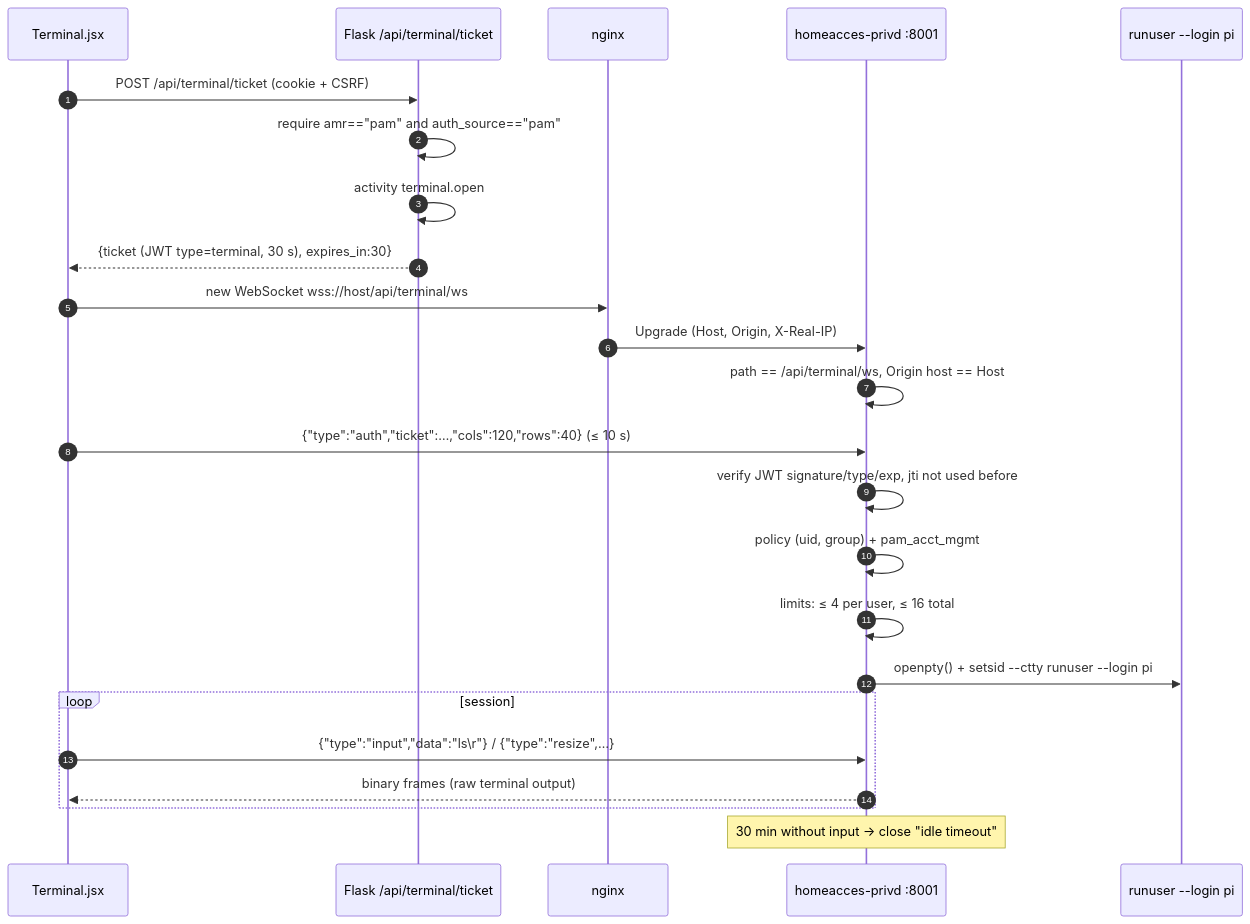
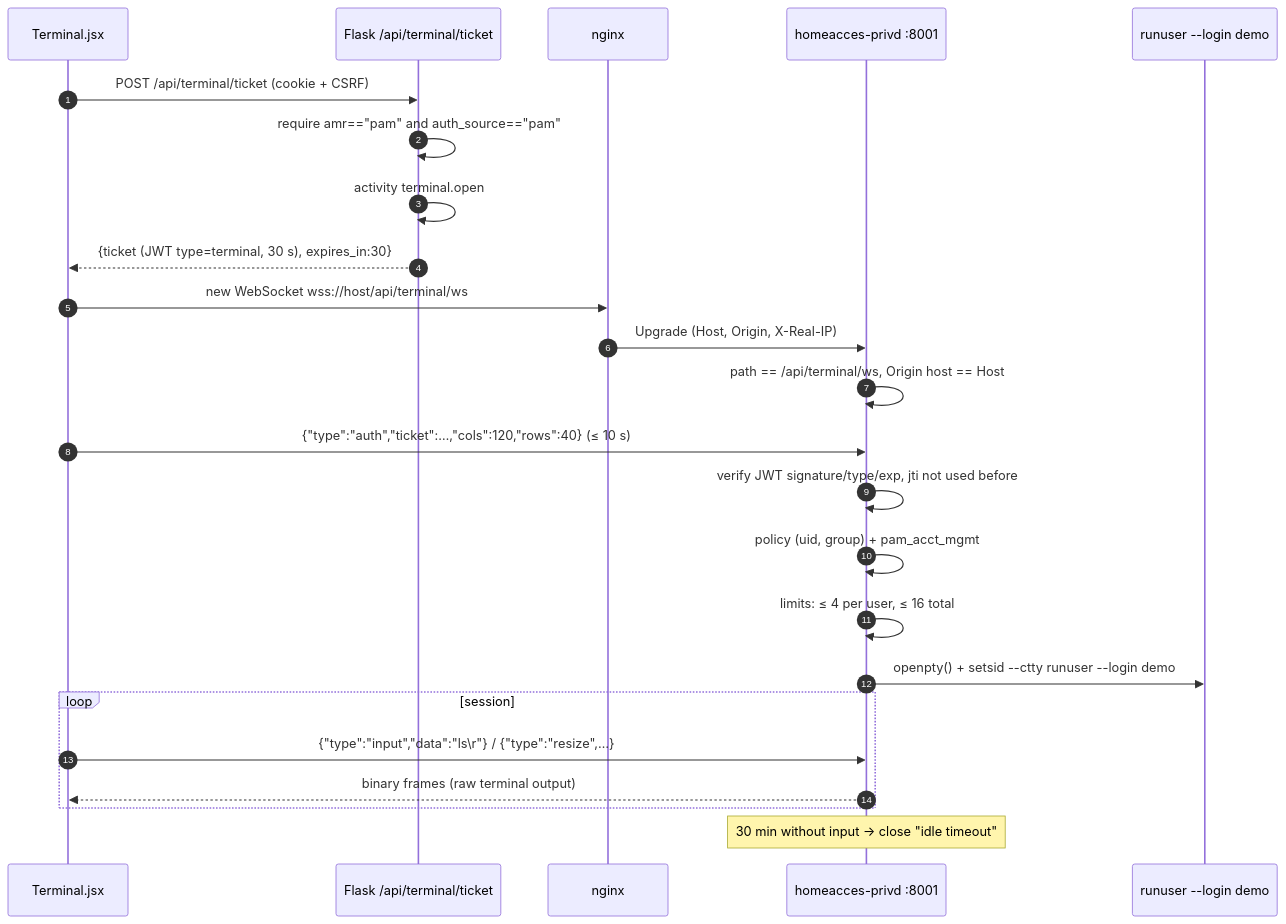
One commit to juanecito/Home_Access_Web changed the eighth of 10 diagrams in doc/04-authentication.md. Above: the diagram before and after it, drawn with Mermaid. The commit also changed other lines of this file and 22 other files, not shown here.

````diff
--- a/doc/04-authentication.md
+++ b/doc/04-authentication.md
@@ -261,27 +261,27 @@
 ```mermaid
 sequenceDiagram
     autonumber
     participant T as Terminal.jsx
     participant A as Flask /api/terminal/ticket
     participant N as nginx
     participant H as homeacces-privd :8001
-    participant SH as runuser --login pi
+    participant SH as runuser --login demo
 
     T->>A: POST /api/terminal/ticket (cookie + CSRF)
     A->>A: require amr=="pam" and auth_source=="pam"
     A->>A: activity terminal.open
     A-->>T: {ticket (JWT type=terminal, 30 s), expires_in:30}
     T->>N: new WebSocket wss://host/api/terminal/ws
     N->>H: Upgrade (Host, Origin, X-Real-IP)
     H->>H: path == /api/terminal/ws, Origin host == Host
     T->>H: {"type":"auth","ticket":…,"cols":120,"rows":40}  (≤ 10 s)
     H->>H: verify JWT signature/type/exp, jti not used before
     H->>H: policy (uid, group) + pam_acct_mgmt
     H->>H: limits: ≤ 4 per user, ≤ 16 total
-    H->>SH: openpty() + setsid --ctty runuser --login pi
+    H->>SH: openpty() + setsid --ctty runuser --login demo
     loop session
         T->>H: {"type":"input","data":"ls\r"} / {"type":"resize",…}
         H-->>T: binary frames (raw terminal output)
     end
     Note over H: 30 min without input → close "idle timeout"
 ```
````
